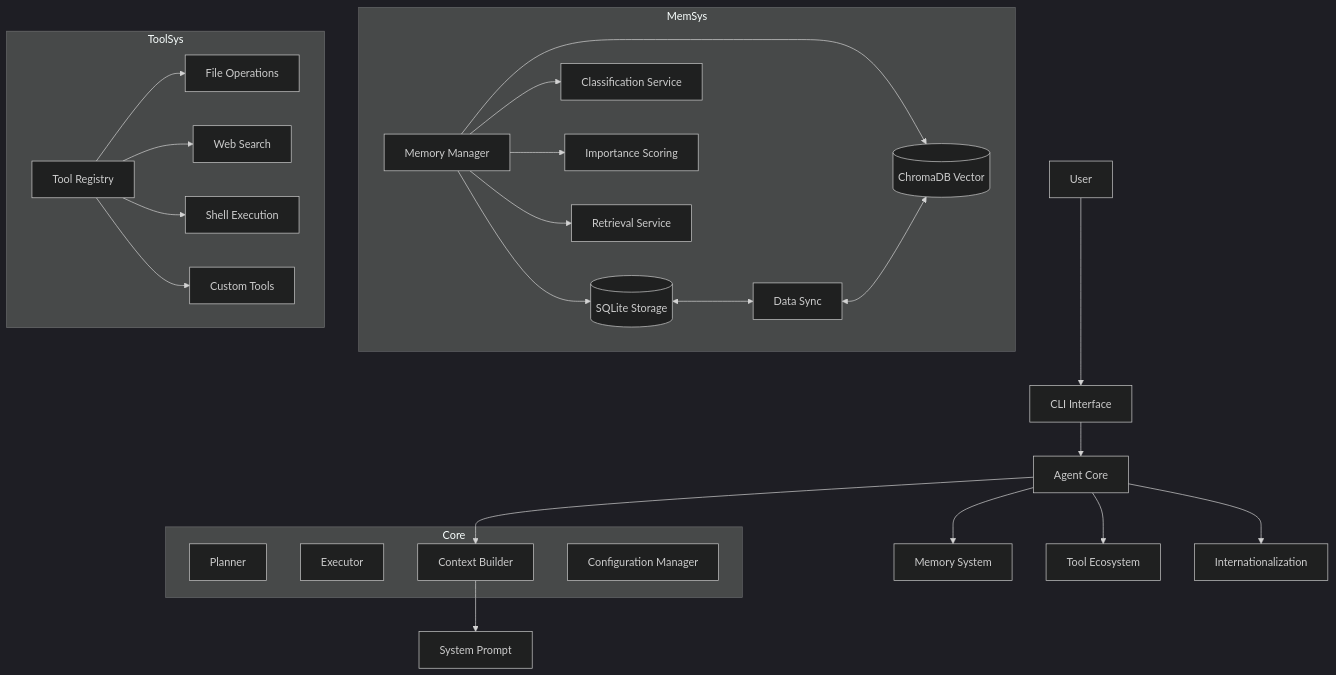
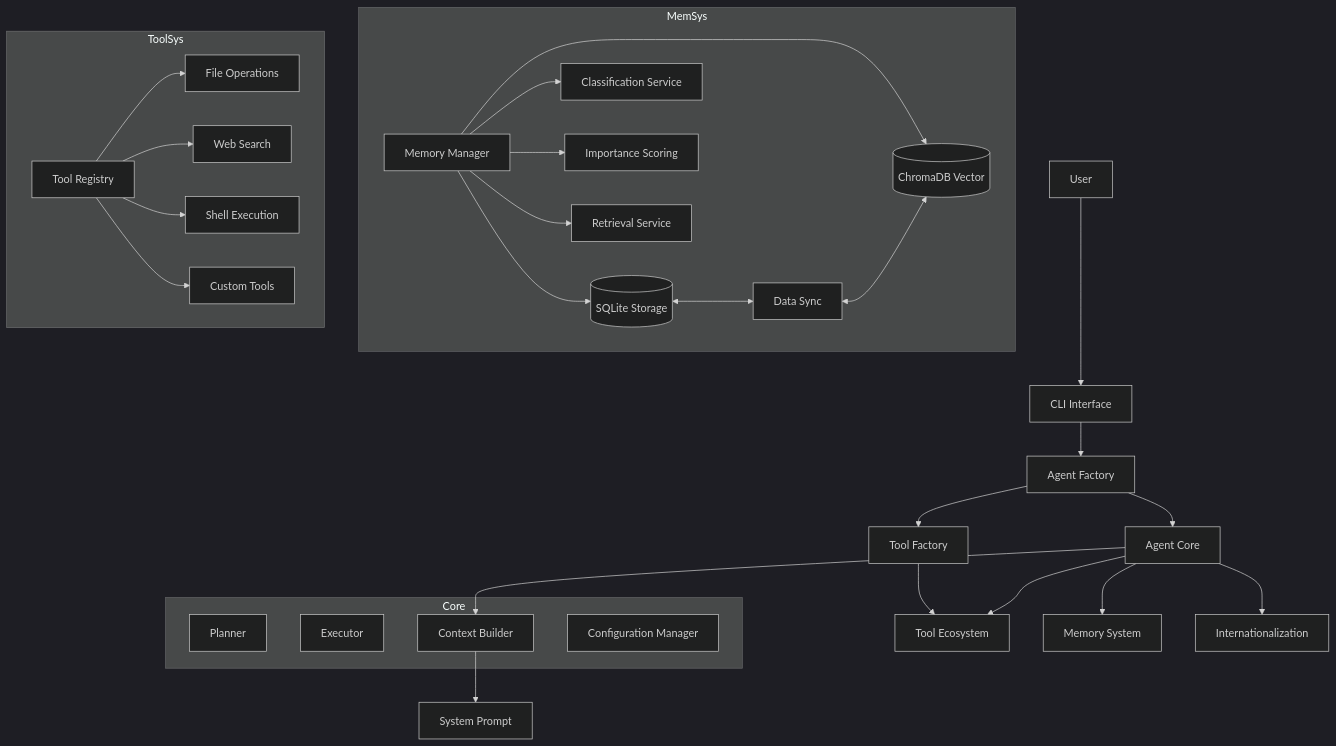
The first of 3 diagrams in docs/en-US/architecture.md (xt765/FinchBot), drawn with Mermaid (dark theme) before and after one commit. The commit also changed other lines of this file and 1 other file, not shown here.

Commit message:
Docs: Update architecture documentation with new Factory pattern and updated diagrams

````diff
--- a/docs/en-US/architecture.md
+++ b/docs/en-US/architecture.md
@@ -23,49 +23,53 @@
 ```mermaid
 graph TD
     User[User] --> CLI[CLI Interface]
-    CLI --> Agent[Agent Core]
+    CLI --> Factory[Agent Factory]
+    Factory --> Agent[Agent Core]
 
     subgraph Core
         Planner[Planner]
         Executor[Executor]
         ContextBuilder[Context Builder]
         ConfigMgr[Configuration Manager]
     end
 
     Agent --> ContextBuilder
     ContextBuilder --> SystemPrompt[System Prompt]
+
+    Factory --> ToolFactory[Tool Factory]
+    ToolFactory --> ToolSet[Tool Ecosystem]
 
     Agent --> MemoryMgr[Memory System]
     subgraph MemSys
         Manager[Memory Manager]
         SQLite[(SQLite Storage)]
         Vector[(ChromaDB Vector)]
         Sync[Data Sync]
         Classify[Classification Service]
         Importance[Importance Scoring]
         Retrieval[Retrieval Service]
     end
 
     Manager --> SQLite
     Manager --> Vector
     Manager --> Classify
     Manager --> Importance
     Manager --> Retrieval
     SQLite <--> Sync <--> Vector
 
     Agent --> ToolSet[Tool Ecosystem]
     subgraph ToolSys
         Registry[Tool Registry]
         File[File Operations]
         Web[Web Search]
         Shell[Shell Execution]
         Custom[Custom Tools]
     end
 
     Registry --> File
     Registry --> Web
     Registry --> Shell
     Registry --> Custom
 
     Agent --> I18n[Internationalization]
 ```
````
